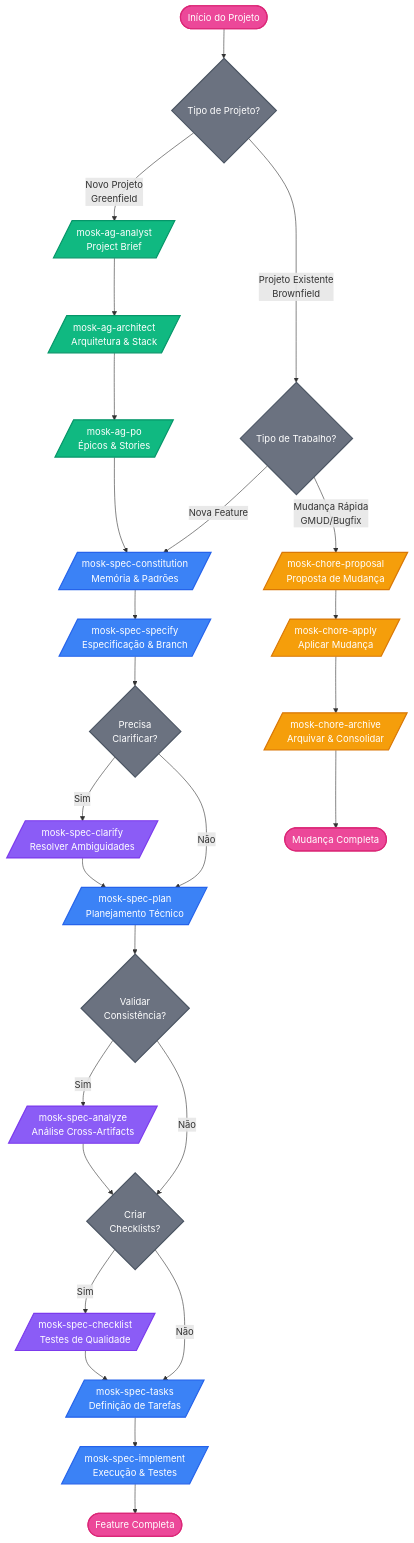
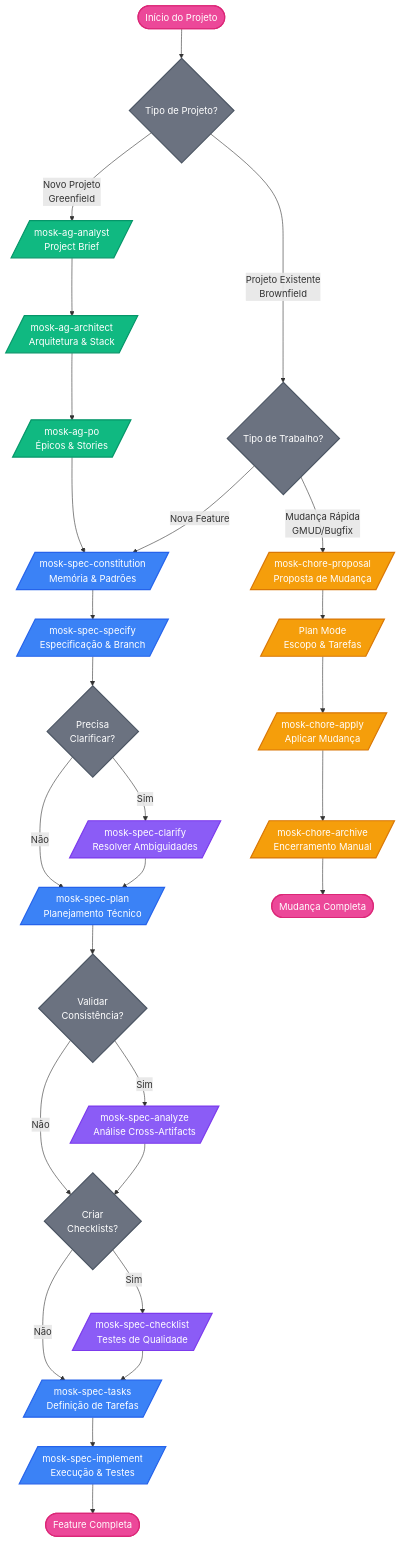
Before and after one commit to rogerznts/mosk: the diagram in README.md, drawn with Mermaid. The commit also changed other lines of this file and 5 other files, not shown here.

Commit message:
refactor: rename OpenSpec to Chore Mode and update related documentation and commands

````diff
--- a/README.md
+++ b/README.md
@@ -254,51 +248,52 @@
 ```mermaid
 flowchart TD
     Start([Início do Projeto]) --> ProjectType{Tipo de Projeto?}
     
     %% Greenfield Flow
     ProjectType -->|Novo Projeto<br/>Greenfield| Analyst[/mosk-ag-analyst<br/>Project Brief/]
     Analyst --> Architect[/mosk-ag-architect<br/>Arquitetura & Stack/]
     Architect --> PO[/mosk-ag-po<br/>Épicos & Stories/]
     PO --> Constitution[/mosk-spec-constitution<br/>Memória & Padrões/]
     
     %% Brownfield Flow
     ProjectType -->|Projeto Existente<br/>Brownfield| WorkType{Tipo de Trabalho?}
     
     %% SpecKit Flow - New Features
     WorkType -->|Nova Feature| Constitution
     Constitution --> Specify[/mosk-spec-specify<br/>Especificação & Branch/]
     Specify --> ClarifyOpt{Precisa<br/>Clarificar?}
     ClarifyOpt -->|Sim| Clarify[/mosk-spec-clarify<br/>Resolver Ambiguidades/]
     ClarifyOpt -->|Não| Plan
     Clarify --> Plan[/mosk-spec-plan<br/>Planejamento Técnico/]
     Plan --> AnalyzeOpt{Validar<br/>Consistência?}
     AnalyzeOpt -->|Sim| Analyze[/mosk-spec-analyze<br/>Análise Cross-Artifacts/]
     AnalyzeOpt -->|Não| ChecklistOpt
     Analyze --> ChecklistOpt{Criar<br/>Checklists?}
     ChecklistOpt -->|Sim| Checklist[/mosk-spec-checklist<br/>Testes de Qualidade/]
     ChecklistOpt -->|Não| Tasks
     Checklist --> Tasks[/mosk-spec-tasks<br/>Definição de Tarefas/]
     Tasks --> Implement[/mosk-spec-implement<br/>Execução & Testes/]
     Implement --> FeatureDone([Feature Completa])
     
-    %% OpenSpec Flow - Quick Changes
+    %% Chore Flow - Quick Changes
     WorkType -->|Mudança Rápida<br/>GMUD/Bugfix| Proposal[/mosk-chore-proposal<br/>Proposta de Mudança/]
-    Proposal --> Apply[/mosk-chore-apply<br/>Aplicar Mudança/]
-    Apply --> Archive[/mosk-chore-archive<br/>Arquivar & Consolidar/]
+    Proposal --> PlanMode[/Plan Mode<br/>Escopo & Tarefas/]
+    PlanMode --> Apply[/mosk-chore-apply<br/>Aplicar Mudança/]
+    Apply --> Archive[/mosk-chore-archive<br/>Encerramento Manual/]
     Archive --> ChangeDone([Mudança Completa])
     
     %% Styling
     classDef greenfield fill:#10b981,stroke:#059669,stroke-width:2px,color:#fff
     classDef speckit fill:#3b82f6,stroke:#2563eb,stroke-width:2px,color:#fff
-    classDef openspec fill:#f59e0b,stroke:#d97706,stroke-width:2px,color:#fff
+    classDef chore fill:#f59e0b,stroke:#d97706,stroke-width:2px,color:#fff
     classDef optional fill:#8b5cf6,stroke:#7c3aed,stroke-width:2px,color:#fff
     classDef decision fill:#6b7280,stroke:#4b5563,stroke-width:2px,color:#fff
     classDef endpoint fill:#ec4899,stroke:#db2777,stroke-width:2px,color:#fff
     
     class Analyst,Architect,PO greenfield
     class Constitution,Specify,Plan,Tasks,Implement speckit
     class Clarify,Analyze,Checklist optional
-    class Proposal,Apply,Archive openspec
+    class Proposal,PlanMode,Apply,Archive chore
     class ProjectType,WorkType,ClarifyOpt,AnalyzeOpt,ChecklistOpt decision
     class Start,FeatureDone,ChangeDone endpoint
 ```
````
